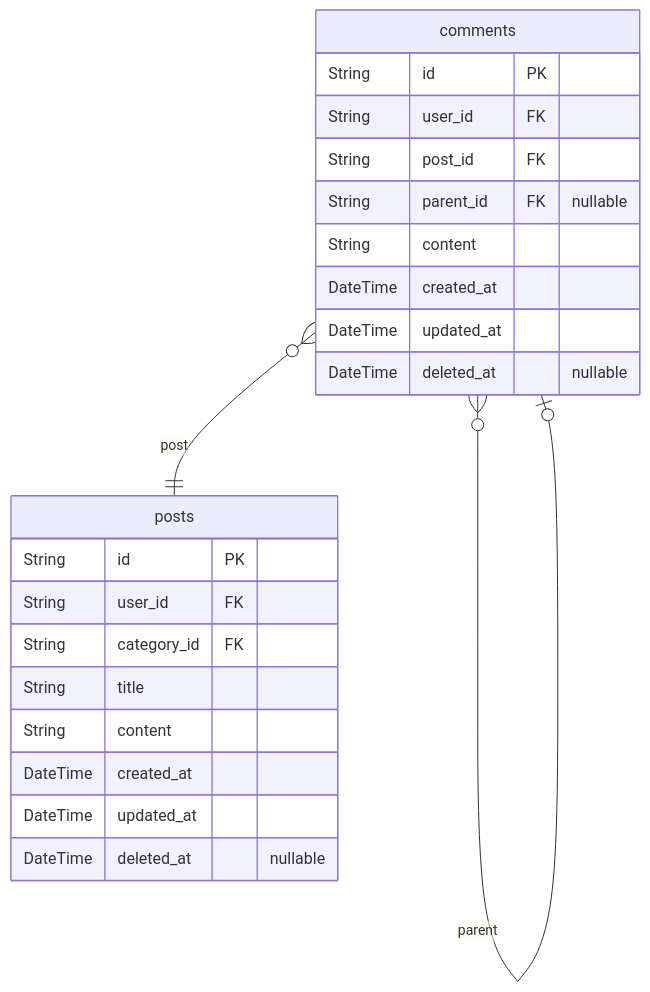
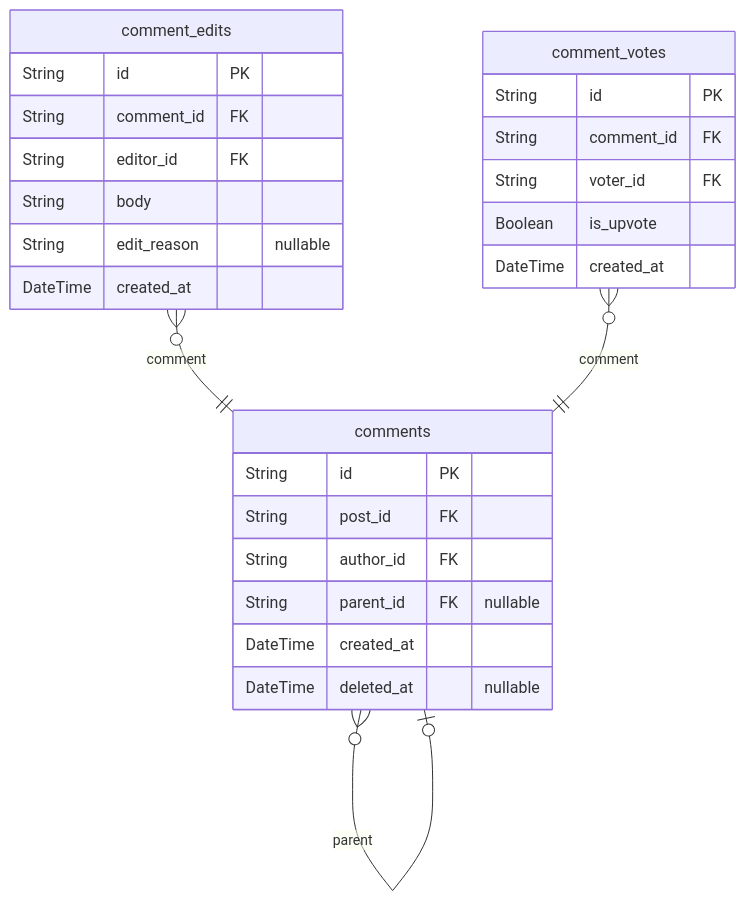
The third of 7 diagrams in docs/ERD.md (wrtnlabs/autobe-example-bbs-openai-gpt-4.1), drawn with Mermaid before and after one commit. The commit also changed other lines of this file and 329 other files, not shown here.

````diff
--- a/docs/ERD.md
+++ b/docs/ERD.md
@@ -96,25 +389,29 @@
 ```mermaid
 erDiagram
-"posts" {
+"comments" {
   String id PK
-  String user_id FK
-  String category_id FK
-  String title
-  String content
+  String post_id FK
+  String author_id FK
+  String parent_id FK "nullable"
   DateTime created_at
-  DateTime updated_at
   DateTime deleted_at "nullable"
 }
-"comments" {
+"comment_edits" {
   String id PK
-  String user_id FK
-  String post_id FK
-  String parent_id FK "nullable"
-  String content
+  String comment_id FK
+  String editor_id FK
+  String body
+  String edit_reason "nullable"
   DateTime created_at
-  DateTime updated_at
-  DateTime deleted_at "nullable"
 }
-"comments" }o--|| "posts" : post
+"comment_votes" {
+  String id PK
+  String comment_id FK
+  String voter_id FK
+  Boolean is_upvote
+  DateTime created_at
+}
 "comments" }o--o| "comments" : parent
+"comment_edits" }o--|| "comments" : comment
+"comment_votes" }o--|| "comments" : comment
 ```
````
